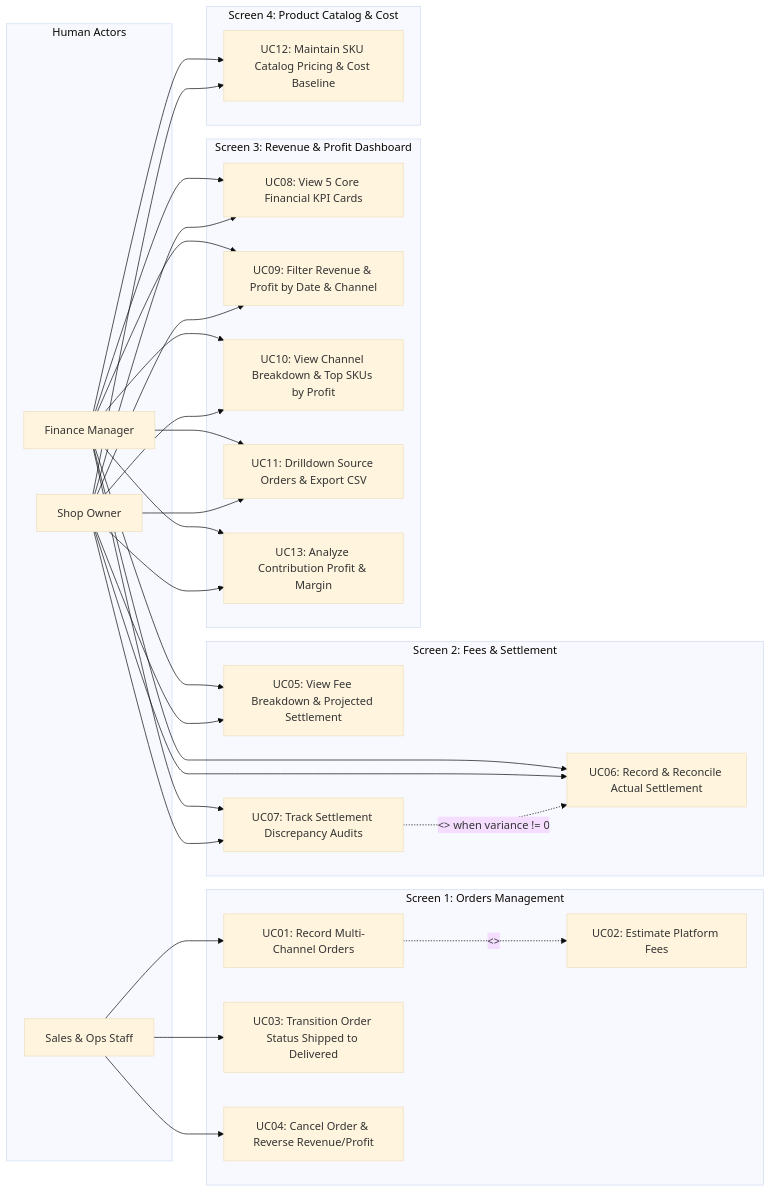
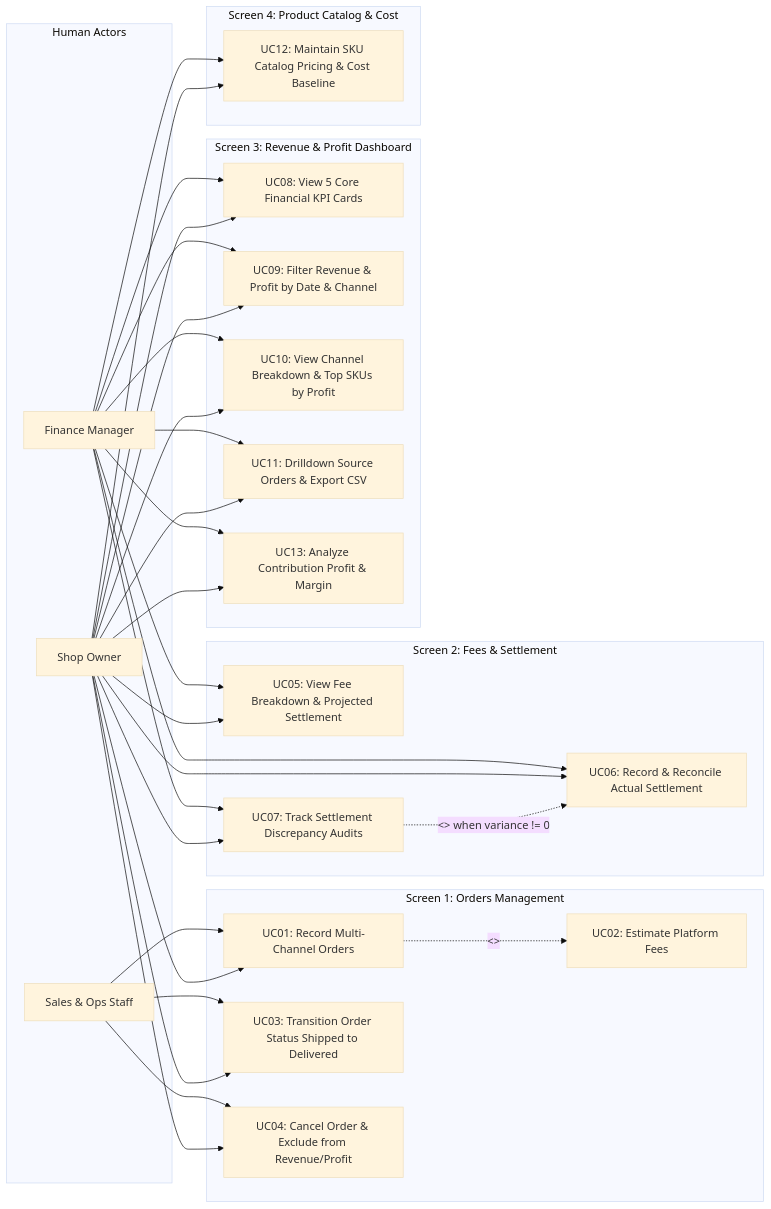
One commit to duchoa0405/Quanly_DoanhThu_LoiNhuan_DangDucHoa_VSF changed the diagram in docs/usecase.md. Above: the diagram before and after it, drawn with Mermaid (base theme). The commit also changed other lines of this file, not shown here.

````diff
--- a/docs/usecase.md
+++ b/docs/usecase.md
@@ -12,64 +12,67 @@
 ```mermaid
 graph LR
     subgraph HumanActors [Human Actors]
         SO[Sales & Ops Staff]
         FM[Finance Manager]
         OW[Shop Owner]
     end
 
     subgraph Screen1 [Screen 1: Orders Management]
         UC01[UC01: Record Multi-Channel Orders]
         UC02[UC02: Estimate Platform Fees]
         UC03[UC03: Transition Order Status Shipped to Delivered]
-        UC04[UC04: Cancel Order & Reverse Revenue/Profit]
+        UC04[UC04: Cancel Order & Exclude from Revenue/Profit]
     end
 
     subgraph Screen2 [Screen 2: Fees & Settlement]
         UC05[UC05: View Fee Breakdown & Projected Settlement]
         UC06[UC06: Record & Reconcile Actual Settlement]
         UC07[UC07: Track Settlement Discrepancy Audits]
     end
 
     subgraph Screen3 [Screen 3: Revenue & Profit Dashboard]
         UC08[UC08: View 5 Core Financial KPI Cards]
         UC09[UC09: Filter Revenue & Profit by Date & Channel]
         UC10[UC10: View Channel Breakdown & Top SKUs by Profit]
         UC11[UC11: Drilldown Source Orders & Export CSV]
         UC13[UC13: Analyze Contribution Profit & Margin]
     end
 
     subgraph Screen4 [Screen 4: Product Catalog & Cost]
         UC12[UC12: Maintain SKU Catalog Pricing & Cost Baseline]
     end
 
     %% Sales & Ops Staff Interactions
     SO --> UC01
     SO --> UC03
     SO --> UC04
 
     %% Finance Manager Interactions
     FM --> UC05
     FM --> UC06
     FM --> UC07
     FM --> UC08
     FM --> UC09
     FM --> UC10
     FM --> UC11
     FM --> UC12
     FM --> UC13
 
-    %% Shop Owner Interactions
+    %% Shop Owner Interactions (Full Access across Workspaces)
+    OW --> UC01
+    OW --> UC03
+    OW --> UC04
     OW --> UC05
     OW --> UC06
     OW --> UC07
     OW --> UC08
     OW --> UC09
     OW --> UC10
     OW --> UC11
     OW --> UC12
     OW --> UC13
 
     %% Use Case Relationships
     UC01 -.->|<<include>>| UC02
     UC07 -.->|<<extend>> when variance != 0| UC06
 ```
````
